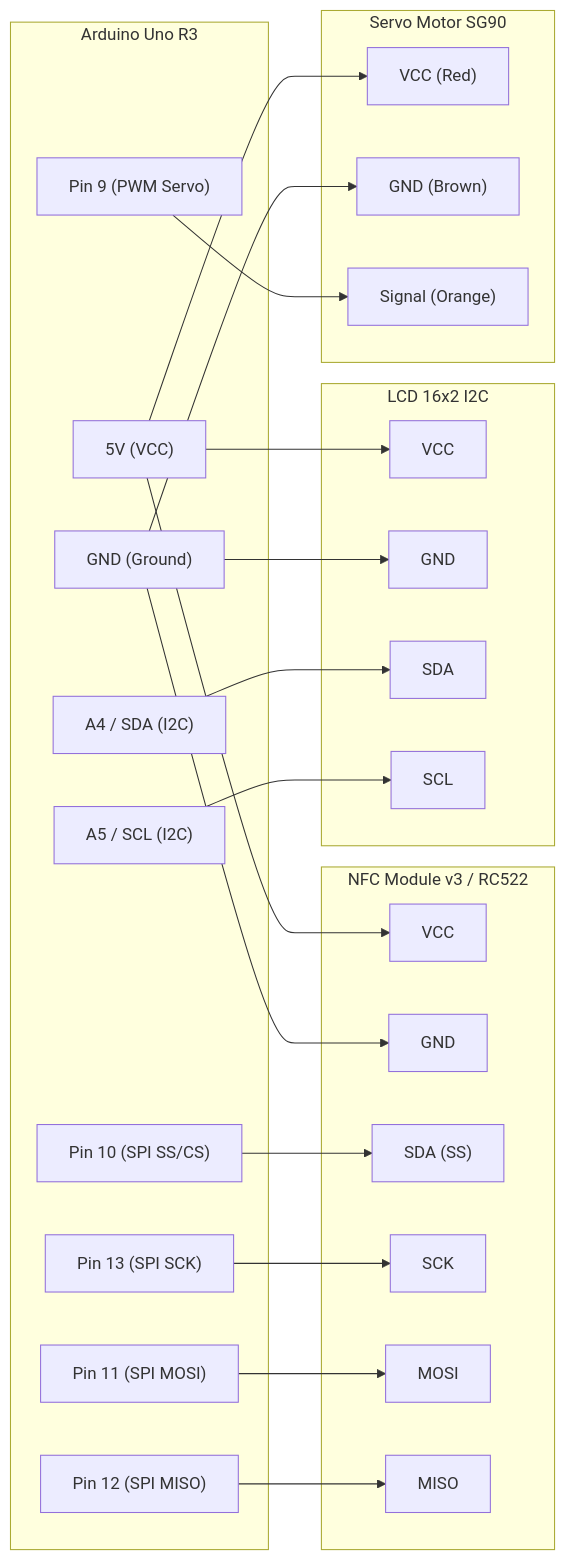
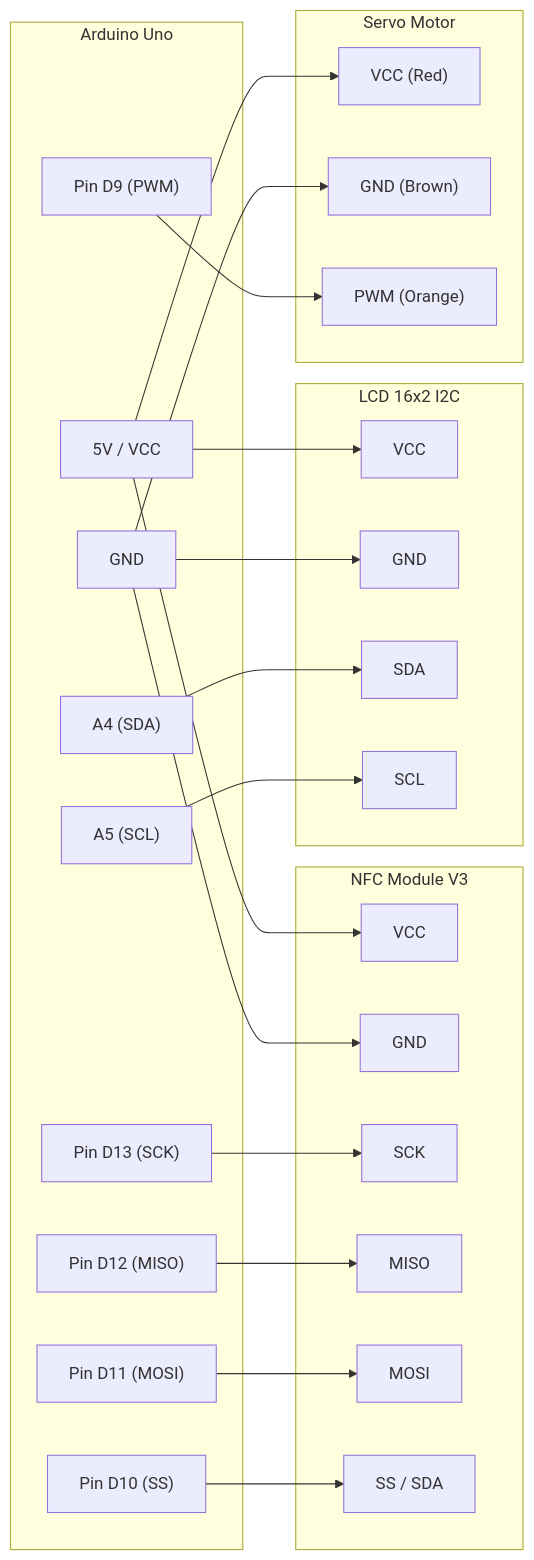
The diagram in contents/projects/parking-system.mdx (saecar/SaecarPortfolio), drawn with Mermaid before and after one commit. The commit also changed other lines of this file, not shown here.

````diff
--- a/contents/projects/parking-system.mdx
+++ b/contents/projects/parking-system.mdx
@@ -40,54 +42,53 @@
 ```mermaid
 graph LR
-    subgraph MCU["Arduino Uno R3"]
-      MCU_5V["5V (VCC)"]
-      MCU_GND["GND (Ground)"]
-      MCU_SCL["A5 / SCL (I2C)"]
-      MCU_SDA["A4 / SDA (I2C)"]
-      MCU_D9["Pin 9 (PWM Servo)"]
-      MCU_D10["Pin 10 (SPI SS/CS)"]
-      MCU_D11["Pin 11 (SPI MOSI)"]
-      MCU_D12["Pin 12 (SPI MISO)"]
-      MCU_D13["Pin 13 (SPI SCK)"]
+    subgraph MCU["Arduino Uno"]
+        ARD_5V["5V / VCC"]
+        ARD_GND["GND"]
+        ARD_SCL["A5 (SCL)"]
+        ARD_SDA["A4 (SDA)"]
+        ARD_D9["Pin D9 (PWM)"]
+        ARD_D10["Pin D10 (SS)"]
+        ARD_D13["Pin D13 (SCK)"]
+        ARD_D11["Pin D11 (MOSI)"]
+        ARD_D12["Pin D12 (MISO)"]
     end
 
-    subgraph NFC["NFC Module v3 / RC522"]
-      NFC_VCC["VCC"]
-      NFC_GND["GND"]
-      NFC_SDA["SDA (SS)"]
-      NFC_SCK["SCK"]
-      NFC_MOSI["MOSI"]
-      NFC_MISO["MISO"]
+    subgraph NFC["NFC Module V3"]
+        NFC_VCC["VCC"]
+        NFC_GND["GND"]
+        NFC_SCK["SCK"]
+        NFC_MISO["MISO"]
+        NFC_MOSI["MOSI"]
+        NFC_SS["SS / SDA"]
     end
 
     subgraph LCD["LCD 16x2 I2C"]
-      LCD_VCC["VCC"]
-      LCD_GND["GND"]
-      LCD_SDA["SDA"]
-      LCD_SCL["SCL"]
+        LCD_VCC["VCC"]
+        LCD_GND["GND"]
+        LCD_SDA["SDA"]
+        LCD_SCL["SCL"]
     end
 
-    subgraph Servo["Servo Motor SG90"]
-      SV_VCC["VCC (Red)"]
-      SV_GND["GND (Brown)"]
-      SV_SIG["Signal (Orange)"]
+    subgraph Servo["Servo Motor"]
+        SERVO_VCC["VCC (Red)"]
+        SERVO_GND["GND (Brown)"]
+        SERVO_SIG["PWM (Orange)"]
     end
 
-    MCU_5V --> NFC_VCC
-    MCU_5V --> LCD_VCC
-    MCU_5V --> SV_VCC
+    ARD_5V --> NFC_VCC
+    ARD_5V --> LCD_VCC
+    ARD_5V --> SERVO_VCC
     
-    MCU_GND --> NFC_GND
-    MCU_GND --> LCD_GND
-    MCU_GND --> SV_GND
+    ARD_GND --> NFC_GND
+    ARD_GND --> LCD_GND
+    ARD_GND --> SERVO_GND
 
-    MCU_SDA --> LCD_SDA
-    MCU_SCL --> LCD_SCL
+    ARD_SCL --> LCD_SCL
+    ARD_SDA --> LCD_SDA
 
-    MCU_D10 --> NFC_SDA
-    MCU_D13 --> NFC_SCK
-    MCU_D11 --> NFC_MOSI
-    MCU_D12 --> NFC_MISO
-
-    MCU_D9 --> SV_SIG
+    ARD_D9 --> SERVO_SIG
+    ARD_D10 --> NFC_SS
+    ARD_D13 --> NFC_SCK
+    ARD_D11 --> NFC_MOSI
+    ARD_D12 --> NFC_MISO
 ```
````
